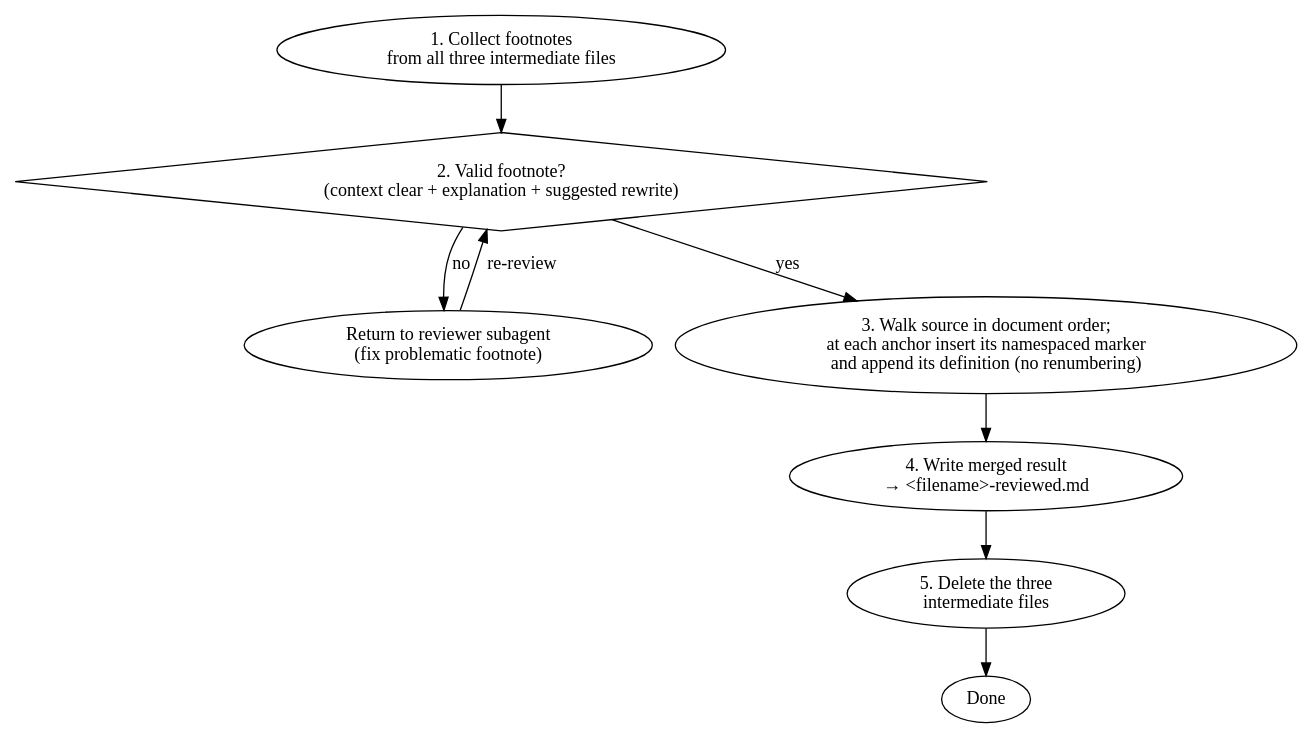
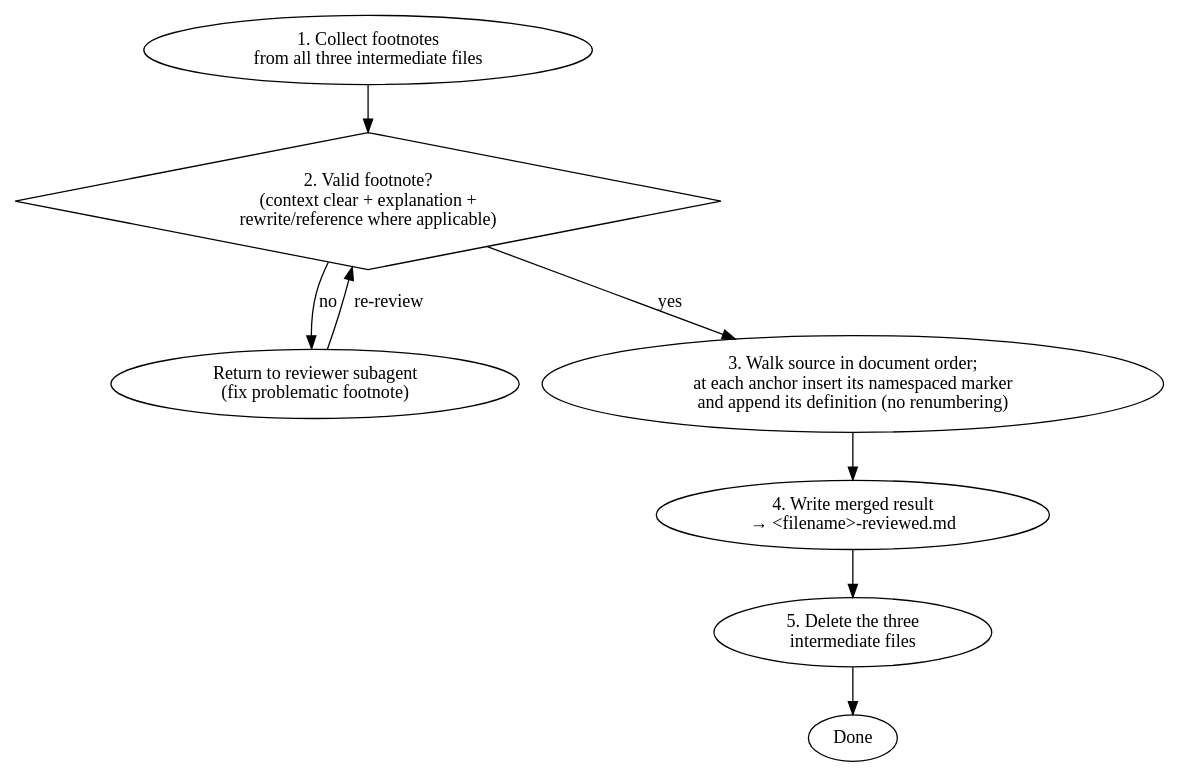
One commit to simonsteiger/academic-claude changed the second of 2 diagrams in skills/review-article/SKILL.md. Above: the diagram before and after it, drawn with Graphviz.

Commit message:
fix: merge validity criterion no longer demands a rewrite for every footnote
Only the prose reviewer emits suggested rewrites; argument and grounding
emit explanations (+ reference). The merge 'valid footnote' check now
reads 'rewrite/reference where applicable' so good argument/grounding
footnotes are not bounced into the re-review loop. Final-review minor.

````diff
--- a/skills/review-article/SKILL.md
+++ b/skills/review-article/SKILL.md
@@ -76,19 +76,19 @@
 ```dot
 digraph footnote_merge {
     collect [label="1. Collect footnotes\nfrom all three intermediate files"]
-    check   [label="2. Valid footnote?\n(context clear + explanation + suggested rewrite)", shape=diamond]
+    check   [label="2. Valid footnote?\n(context clear + explanation +\nrewrite/reference where applicable)", shape=diamond]
     return  [label="Return to reviewer subagent\n(fix problematic footnote)"]
     place   [label="3. Walk source in document order;\nat each anchor insert its namespaced marker\nand append its definition (no renumbering)"]
     write   [label="4. Write merged result\n→ <filename>-reviewed.md"]
     delete  [label="5. Delete the three\nintermediate files"]
     done    [label="Done"]
 
     collect -> check
     check   -> place  [label="yes"]
     check   -> return [label="no"]
     return  -> check  [label="re-review"]
     place   -> write
     write   -> delete
     delete  -> done
 }
 ```
````
